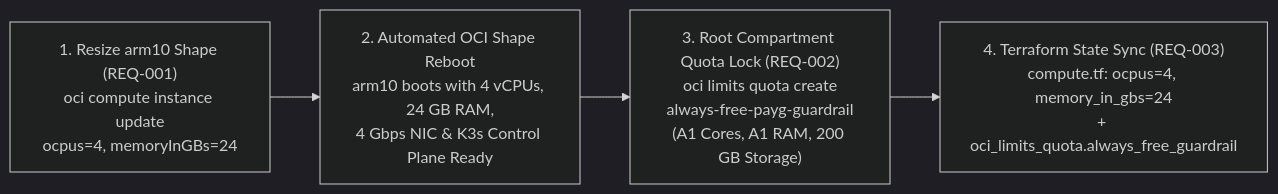
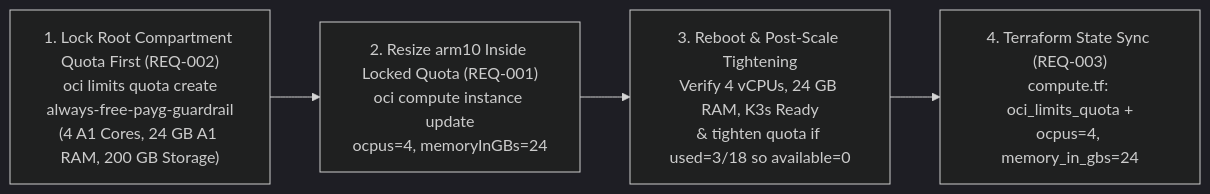
One commit to vinhthang/oci changed the diagram in docs/specs/arm10-payg-scale-and-quota-lock/design.md. Above: the diagram before and after it, drawn with Mermaid (dark theme). The commit also changed other lines of this file and 31 other files, not shown here.

Commit message:
feat(pc1): implement pc1 multi-cluster shared datastores and helm charts (REQ-001..006)

````diff
--- a/docs/specs/arm10-payg-scale-and-quota-lock/design.md
+++ b/docs/specs/arm10-payg-scale-and-quota-lock/design.md
@@ -10,6 +10,6 @@
 ```mermaid
 flowchart LR
-    Scale["1. Resize arm10 Shape (REQ-001)<br>oci compute instance update<br>ocpus=4, memoryInGBs=24"] --> Reboot["2. Automated OCI Shape Reboot<br>arm10 boots with 4 vCPUs, 24 GB RAM,<br>4 Gbps NIC & K3s Control Plane Ready"]
-    Reboot --> Quota["3. Root Compartment Quota Lock (REQ-002)<br>oci limits quota create<br>always-free-payg-guardrail<br>(A1 Cores, A1 RAM, 200 GB Storage)"]
-    Quota --> IaC["4. Terraform State Sync (REQ-003)<br>compute.tf: ocpus=4, memory_in_gbs=24<br>+ oci_limits_quota.always_free_guardrail"]
+    Quota["1. Lock Root Compartment Quota First (REQ-002)<br>oci limits quota create<br>always-free-payg-guardrail<br>(4 A1 Cores, 24 GB A1 RAM, 200 GB Storage)"] --> Scale["2. Resize arm10 Inside Locked Quota (REQ-001)<br>oci compute instance update<br>ocpus=4, memoryInGBs=24"]
+    Scale --> Verify["3. Reboot & Post-Scale Tightening<br>Verify 4 vCPUs, 24 GB RAM, K3s Ready<br>& tighten quota if used=3/18 so available=0"]
+    Verify --> IaC["4. Terraform State Sync (REQ-003)<br>compute.tf: oci_limits_quota +<br>ocpus=4, memory_in_gbs=24"]
 ```
````
